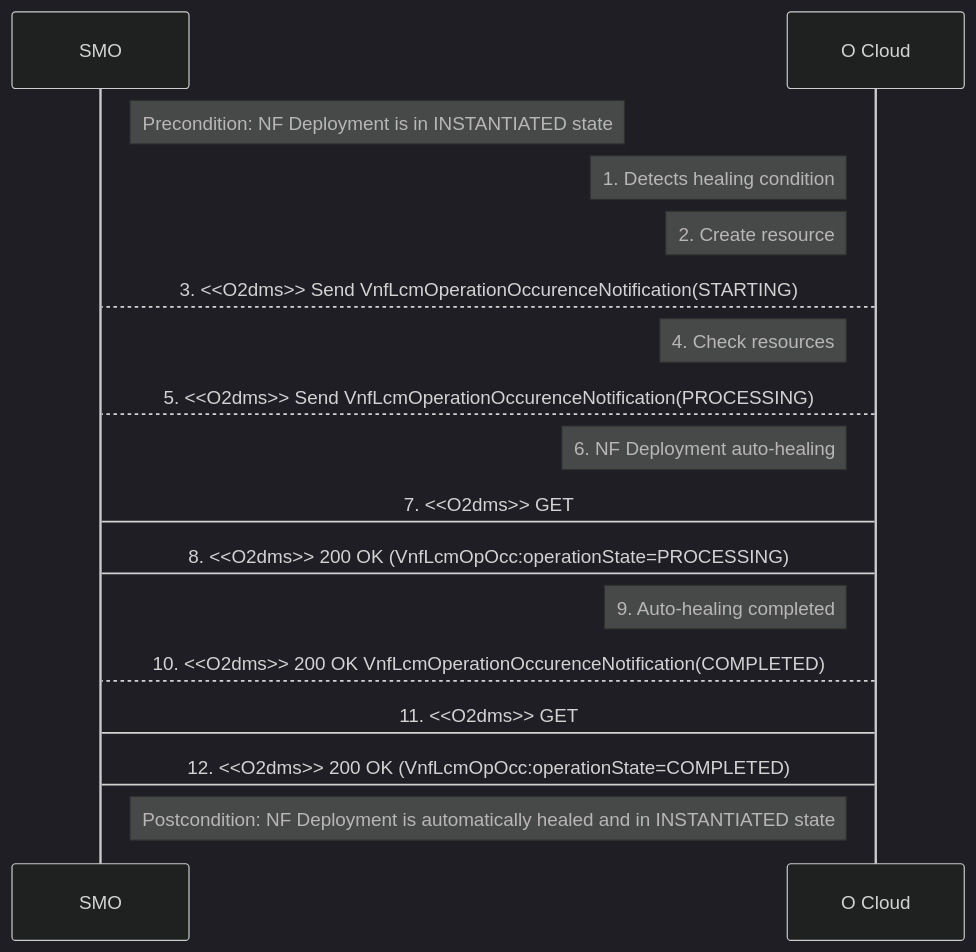
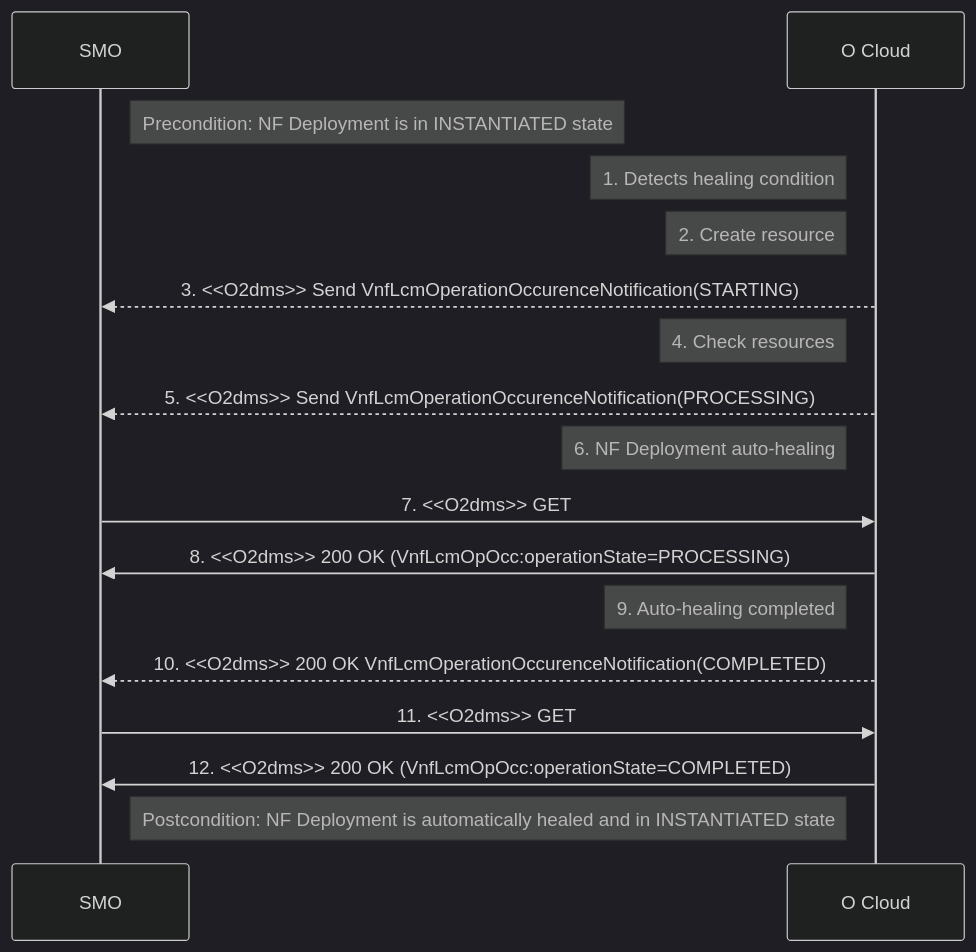
Before and after one commit to NTUST-BMW-Lab/documentation-book: the fifth of 8 diagrams in O-RAN/O2 Interface/3_O2dms_Services.md, drawn with Mermaid (dark theme). The commit also changed other lines of this file, not shown here.

````diff
--- a/O-RAN/O2 Interface/3_O2dms_Services.md
+++ b/O-RAN/O2 Interface/3_O2dms_Services.md
@@ -137,17 +137,17 @@
 ```mermaid
 sequenceDiagram
 Note right of SMO: Precondition: NF Deployment is in INSTANTIATED state
 Note left of O Cloud: 1. Detects healing condition
 Note left of O Cloud: 2. Create resource
-O Cloud-->SMO: 3. <<O2dms>> Send VnfLcmOperationOccurenceNotification(STARTING)
+O Cloud-->>SMO: 3. <<O2dms>> Send VnfLcmOperationOccurenceNotification(STARTING)
 Note left of O Cloud: 4. Check resources
-O Cloud-->SMO: 5. <<O2dms>> Send VnfLcmOperationOccurenceNotification(PROCESSING)
+O Cloud-->>SMO: 5. <<O2dms>> Send VnfLcmOperationOccurenceNotification(PROCESSING)
 Note left of O Cloud: 6. NF Deployment auto-healing
-SMO->O Cloud: 7. <<O2dms>> GET
-O Cloud->SMO: 8. <<O2dms>> 200 OK (VnfLcmOpOcc:operationState=PROCESSING)
+SMO->>O Cloud: 7. <<O2dms>> GET
+O Cloud->>SMO: 8. <<O2dms>> 200 OK (VnfLcmOpOcc:operationState=PROCESSING)
 Note left of O Cloud: 9. Auto-healing completed
-O Cloud-->SMO: 10. <<O2dms>> 200 OK VnfLcmOperationOccurenceNotification(COMPLETED)
-SMO->O Cloud: 11. <<O2dms>> GET
-O Cloud->SMO: 12. <<O2dms>> 200 OK (VnfLcmOpOcc:operationState=COMPLETED)
+O Cloud-->>SMO: 10. <<O2dms>> 200 OK VnfLcmOperationOccurenceNotification(COMPLETED)
+SMO->>O Cloud: 11. <<O2dms>> GET
+O Cloud->>SMO: 12. <<O2dms>> 200 OK (VnfLcmOpOcc:operationState=COMPLETED)
 Note right of SMO: Postcondition: NF Deployment is automatically healed and in INSTANTIATED state
 ```
````
